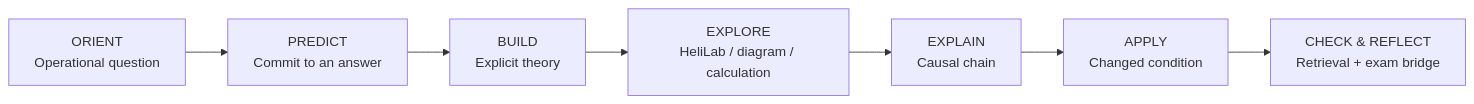
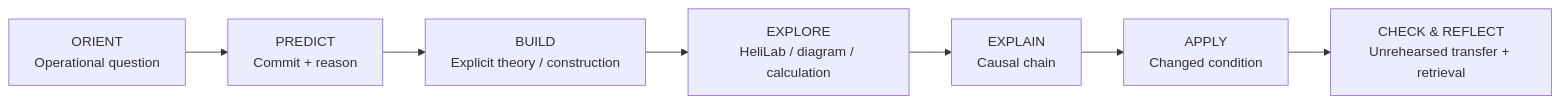
The third of 4 diagrams in docs/curriculum/32-HOUR-CURRICULUM-MAP.md (ZanneRay/ATPL-H-Learning-Ecosystem), drawn with Mermaid before and after one commit. The commit also changed other lines of this file, not shown here.

````diff
--- a/docs/curriculum/32-HOUR-CURRICULUM-MAP.md
+++ b/docs/curriculum/32-HOUR-CURRICULUM-MAP.md
@@ -59,9 +117,9 @@
 ```mermaid
 flowchart LR
-    O[ORIENT\nOperational question] --> P[PREDICT\nCommit to an answer]
-    P --> T[BUILD\nExplicit theory]
+    O[ORIENT\nOperational question] --> P[PREDICT\nCommit + reason]
+    P --> T[BUILD\nExplicit theory / construction]
     T --> H[EXPLORE\nHeliLab / diagram / calculation]
     H --> X[EXPLAIN\nCausal chain]
     X --> A[APPLY\nChanged condition]
-    A --> C[CHECK & REFLECT\nRetrieval + exam bridge]
+    A --> C[CHECK & REFLECT\nUnrehearsed transfer + retrieval]
 ```
````
